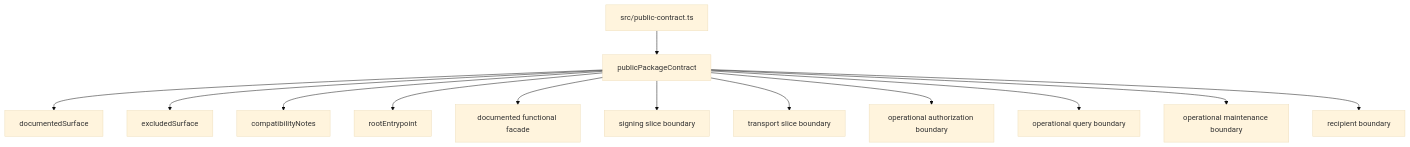
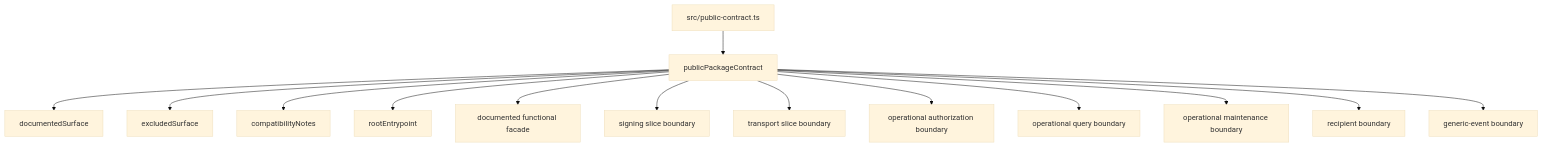
Before and after one commit to linkiez/nfe_sdk: the diagram in src/public-contract.doc.md, drawn with Mermaid (base theme). The commit also changed other lines of this file and 61 other files, not shown here.

First line of the commit message:
feat(generic-event): implementar facade root de eventos genericos

````diff
--- a/src/public-contract.doc.md
+++ b/src/public-contract.doc.md
@@ -24,15 +26,16 @@
 ```mermaid
 flowchart TD
   A[src/public-contract.ts] --> B[publicPackageContract]
   B --> C[documentedSurface]
   B --> D[excludedSurface]
   B --> E[compatibilityNotes]
   B --> F[rootEntrypoint]
   B --> G[documented functional facade]
   B --> H[signing slice boundary]
   B --> I[transport slice boundary]
   B --> J[operational authorization boundary]
   B --> K[operational query boundary]
   B --> L[operational maintenance boundary]
   B --> M[recipient boundary]
+  B --> N[generic-event boundary]
 ```
````
